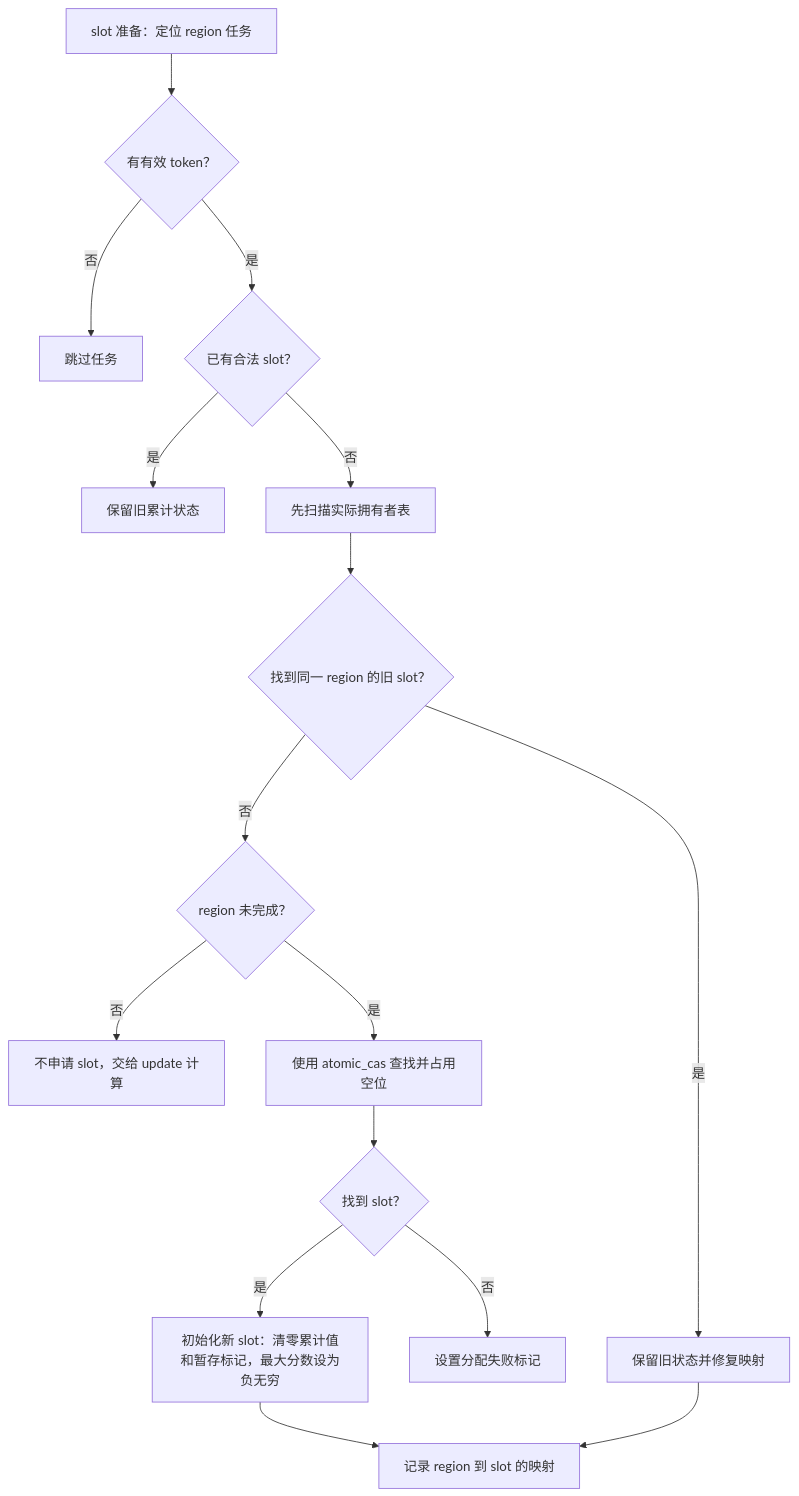
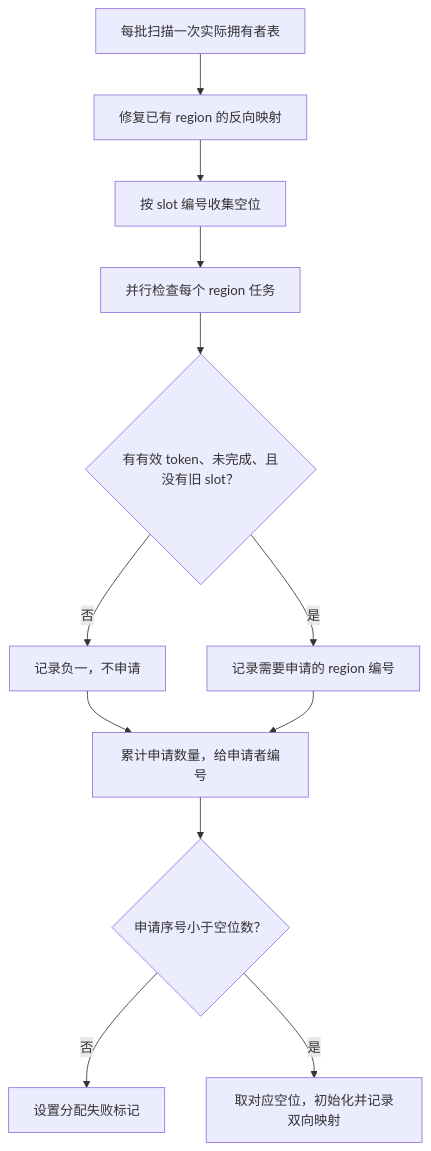
Before and after one commit to earthmanylf/vllm-ascend-step4: the third of 4 diagrams in docs/step4_prefill_region_tasks.md, drawn with Mermaid. The commit also changed other lines of this file and 6 other files, not shown here.

````diff
--- a/docs/step4_prefill_region_tasks.md
+++ b/docs/step4_prefill_region_tasks.md
@@ -219,18 +223,14 @@
 ```mermaid
 flowchart TD
-    A[slot 准备：定位 region 任务] --> B{有有效 token？}
-    B -->|否| C[跳过任务]
-    B -->|是| D{已有合法 slot？}
-    D -->|是| E[保留旧累计状态]
-    D -->|否| M[先扫描实际拥有者表]
-    M --> N{找到同一 region 的旧 slot？}
-    N -->|是| K[保留旧状态并修复映射]
-    N -->|否| O{region 未完成？}
-    O -->|否| P[不申请 slot，交给 update 计算]
-    O -->|是| F[使用 atomic_cas 查找并占用空位]
-    F --> G{找到 slot？}
-    G -->|否| H[设置分配失败标记]
-    G -->|是| J[初始化新 slot：清零累计值和暂存标记，最大分数设为负无穷]
-    J --> L[记录 region 到 slot 的映射]
-    K --> L
+    A[每批扫描一次实际拥有者表] --> B[修复已有 region 的反向映射]
+    B --> C[按 slot 编号收集空位]
+    C --> D[并行检查每个 region 任务]
+    D --> E{有有效 token、未完成、且没有旧 slot？}
+    E -->|否| F[记录负一，不申请]
+    E -->|是| G[记录需要申请的 region 编号]
+    F --> H[累计申请数量，给申请者编号]
+    G --> H
+    H --> I{申请序号小于空位数？}
+    I -->|否| J[设置分配失败标记]
+    I -->|是| K[取对应空位，初始化并记录双向映射]
 ```
````
